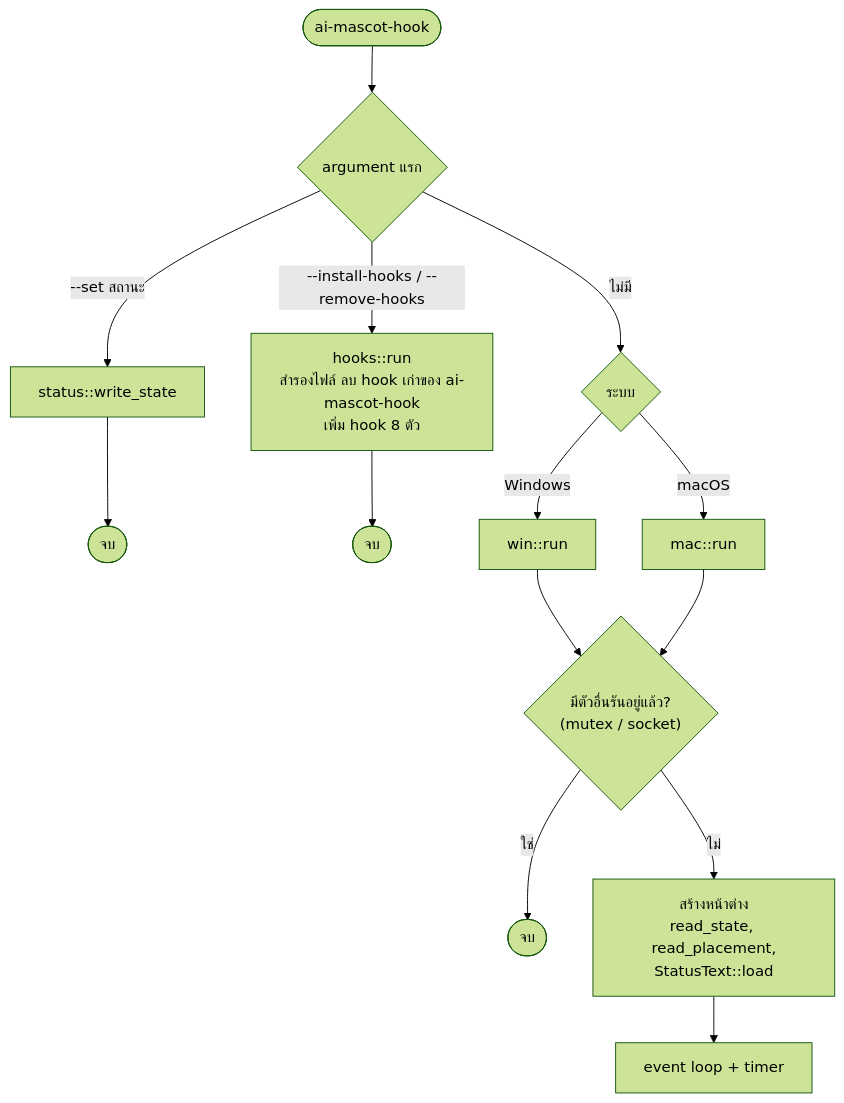
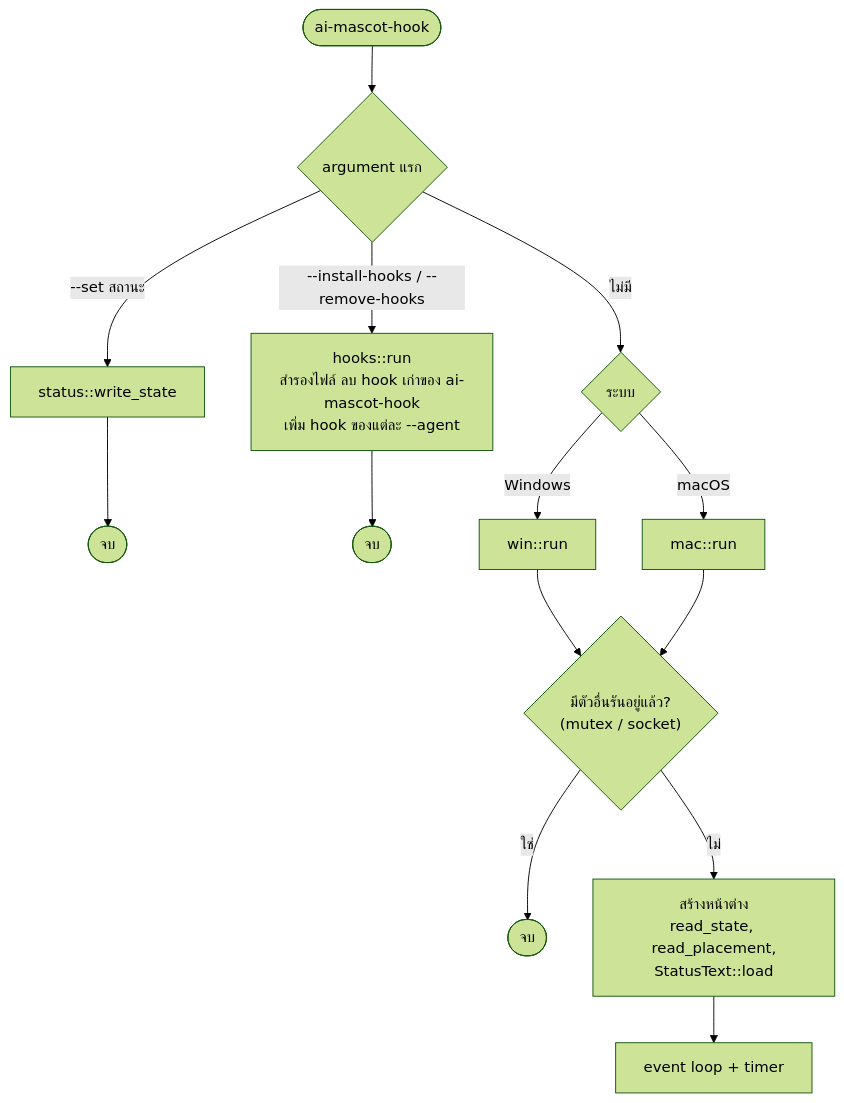
The third of 7 diagrams in docs/th/architecture.md (thanachaiakt/ai-mascot-hook), drawn with Mermaid (forest theme) before and after one commit. The commit also changed other lines of this file and 13 other files, not shown here.

First line of the commit message:
Refactor ai-mascot-hook to support multiple agents and improve hook management

````diff
--- a/docs/th/architecture.md
+++ b/docs/th/architecture.md
@@ -108,13 +108,13 @@
 ```mermaid
 flowchart TD
     start(["ai-mascot-hook"]) --> args{"argument แรก"}
     args -- "--set สถานะ" --> write["status::write_state"] --> exit0(["จบ"])
-    args -- "--install-hooks / --remove-hooks" --> hk["hooks::run<br/>สำรองไฟล์ ลบ hook เก่าของ ai-mascot-hook<br/>เพิ่ม hook 8 ตัว"] --> exit1(["จบ"])
+    args -- "--install-hooks / --remove-hooks" --> hk["hooks::run<br/>สำรองไฟล์ ลบ hook เก่าของ ai-mascot-hook<br/>เพิ่ม hook ของแต่ละ --agent"] --> exit1(["จบ"])
     args -- "ไม่มี" --> plat{"ระบบ"}
     plat -- Windows --> wrun["win::run"]
     plat -- macOS --> mrun["mac::run"]
     wrun & mrun --> one{"มีตัวอื่นรันอยู่แล้ว?<br/>(mutex / socket)"}
     one -- ใช่ --> quit(["จบ"])
     one -- ไม่ --> init["สร้างหน้าต่าง<br/>read_state, read_placement,<br/>StatusText::load"]
     init --> loop["event loop + timer"]
 ```
````
